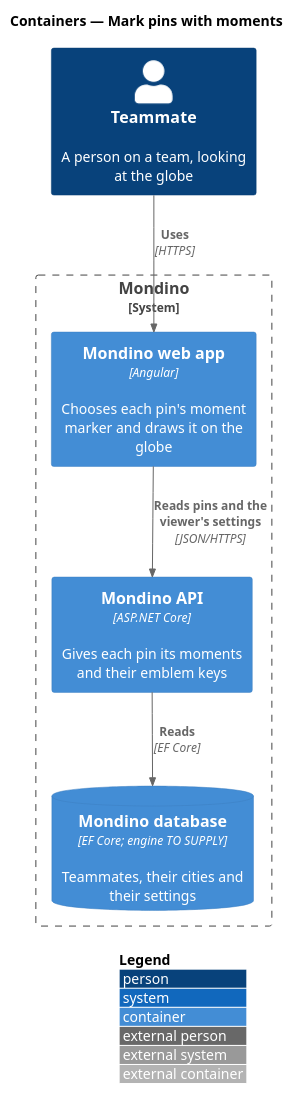
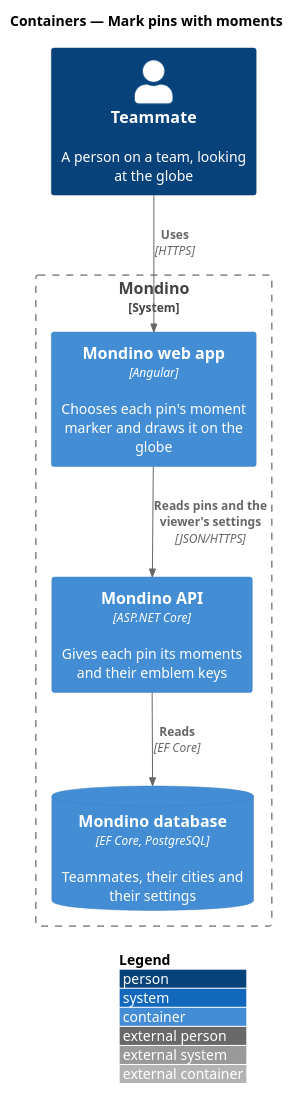
The diagram in docs/detailed-designs/moments/mark-pins-with-moments/diagrams/c4-container.puml (QuinntyneBrown/Mondino), drawn with PlantUML before and after one commit. The commit also changed 67 other files, not shown here.

```diff
--- a/docs/detailed-designs/moments/mark-pins-with-moments/diagrams/c4-container.puml
+++ b/docs/detailed-designs/moments/mark-pins-with-moments/diagrams/c4-container.puml
@@ -1,16 +1,16 @@
 @startuml
 !include <C4/C4_Container>
 LAYOUT_WITH_LEGEND()
 title Containers — Mark pins with moments
 
 Person(teammate, "Teammate", "A person on a team, looking at the globe")
 System_Boundary(mondino, "Mondino") {
   Container(web, "Mondino web app", "Angular", "Chooses each pin's moment marker and draws it on the globe")
   Container(api, "Mondino API", "ASP.NET Core", "Gives each pin its moments and their emblem keys")
-  ContainerDb(db, "Mondino database", "EF Core; engine TO SUPPLY", "Teammates, their cities and their settings")
+  ContainerDb(db, "Mondino database", "EF Core, PostgreSQL", "Teammates, their cities and their settings")
 }
 
 Rel(teammate, web, "Uses", "HTTPS")
 Rel(web, api, "Reads pins and the viewer's settings", "JSON/HTTPS")
 Rel(api, db, "Reads", "EF Core")
 @enduml
```
